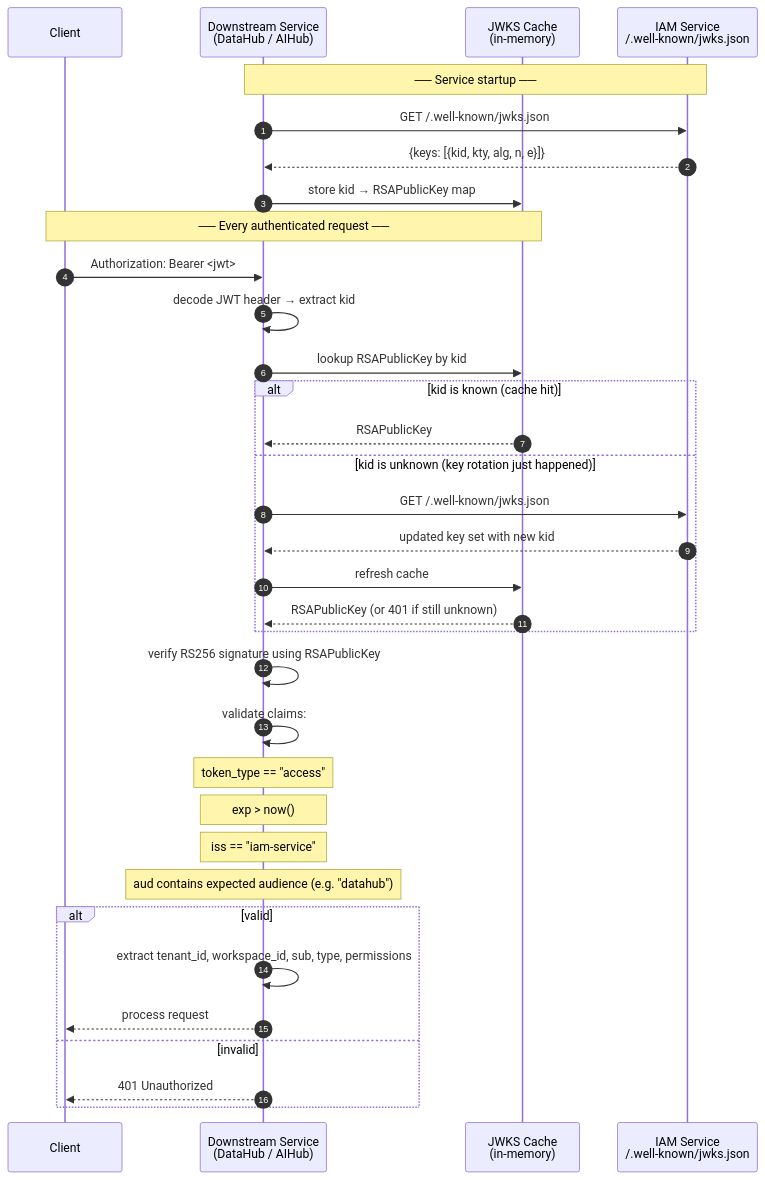
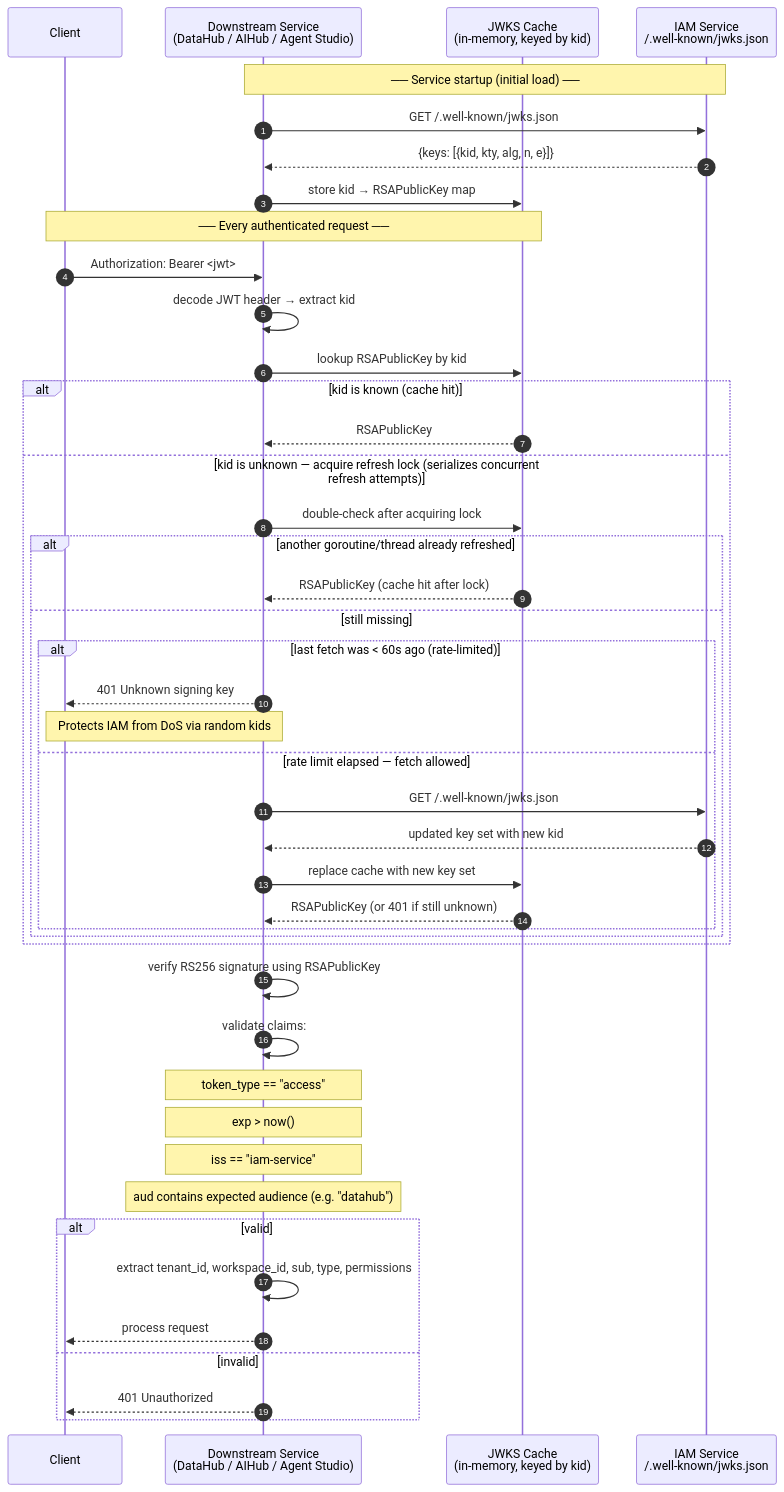
Before and after one commit to Andrew-Bu1/Agent-Platform: the fifth of 8 diagrams in docs/architecture/iam-service/sequence.md, drawn with Mermaid. The commit also changed other lines of this file and 15 other files, not shown here.

Commit message:
docs: architecture docs for all services

````diff
--- a/docs/architecture/iam-service/sequence.md
+++ b/docs/architecture/iam-service/sequence.md
@@ -198,41 +198,51 @@
 ```mermaid
 sequenceDiagram
     autonumber
     participant C as Client
-    participant SVC as Downstream Service<br/>(DataHub / AIHub)
-    participant JWKS as JWKS Cache<br/>(in-memory)
+    participant SVC as Downstream Service<br/>(DataHub / AIHub / Agent Studio)
+    participant JWKS as JWKS Cache<br/>(in-memory, keyed by kid)
     participant IAM as IAM Service<br/>/.well-known/jwks.json
 
-    Note over SVC,IAM: ── Service startup ──
+    Note over SVC,IAM: ── Service startup (initial load) ──
     SVC->>IAM: GET /.well-known/jwks.json
     IAM-->>SVC: {keys: [{kid, kty, alg, n, e}]}
     SVC->>JWKS: store kid → RSAPublicKey map
 
     Note over C,JWKS: ── Every authenticated request ──
     C->>SVC: Authorization: Bearer <jwt>
     SVC->>SVC: decode JWT header → extract kid
     SVC->>JWKS: lookup RSAPublicKey by kid
 
     alt kid is known (cache hit)
         JWKS-->>SVC: RSAPublicKey
-    else kid is unknown (key rotation just happened)
-        SVC->>IAM: GET /.well-known/jwks.json
-        IAM-->>SVC: updated key set with new kid
-        SVC->>JWKS: refresh cache
-        JWKS-->>SVC: RSAPublicKey (or 401 if still unknown)
+    else kid is unknown — acquire refresh lock (serializes concurrent refresh attempts)
+        SVC->>JWKS: double-check after acquiring lock
+        alt another goroutine/thread already refreshed
+            JWKS-->>SVC: RSAPublicKey (cache hit after lock)
+        else still missing
+            alt last fetch was < 60s ago (rate-limited)
+                SVC-->>C: 401 Unknown signing key
+                Note over SVC,C: Protects IAM from DoS via random kids
+            else rate limit elapsed — fetch allowed
+                SVC->>IAM: GET /.well-known/jwks.json
+                IAM-->>SVC: updated key set with new kid
+                SVC->>JWKS: replace cache with new key set
+                JWKS-->>SVC: RSAPublicKey (or 401 if still unknown)
+            end
+        end
     end
 
     SVC->>SVC: verify RS256 signature using RSAPublicKey
     SVC->>SVC: validate claims:
     Note over SVC: token_type == "access"
     Note over SVC: exp > now()
     Note over SVC: iss == "iam-service"
     Note over SVC: aud contains expected audience (e.g. "datahub")
 
     alt valid
         SVC->>SVC: extract tenant_id, workspace_id, sub, type, permissions
         SVC-->>C: process request
     else invalid
         SVC-->>C: 401 Unauthorized
     end
 ```
````
